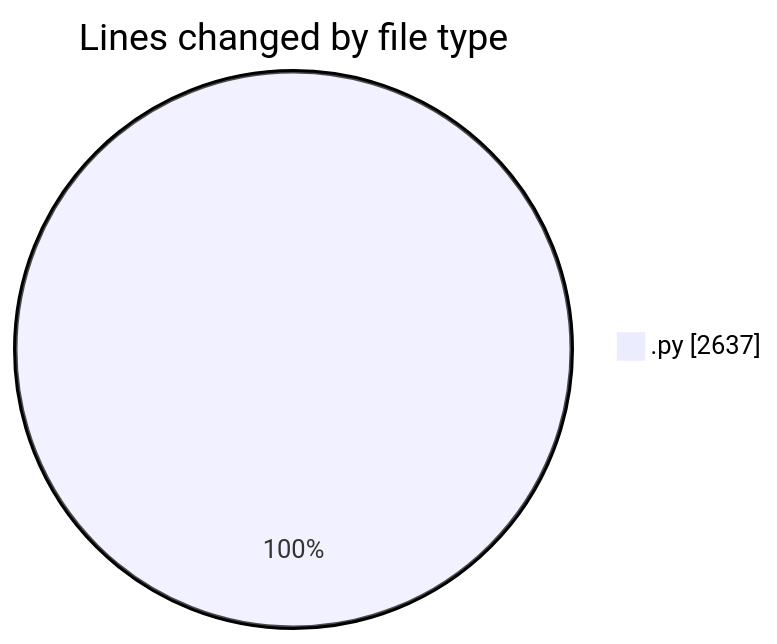
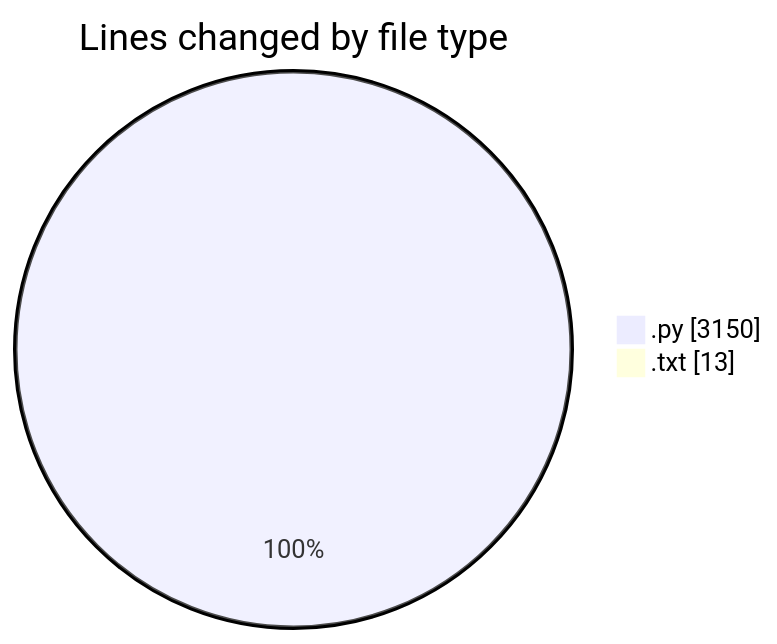
The first of 2 diagrams in 2026-03-14/ai_assignment/README.md (Unknowalive/code-tracking), drawn with Mermaid before and after one commit. The commit also changed other lines of this file and 1 other file, not shown here.

````diff
--- a/2026-03-14/ai_assignment/README.md
+++ b/2026-03-14/ai_assignment/README.md
@@ -28,5 +30,6 @@
 ```mermaid
 pie showData
 title Lines changed by file type
-".py" : 2637
+".py" : 3150
+".txt" : 13
 ```
````
